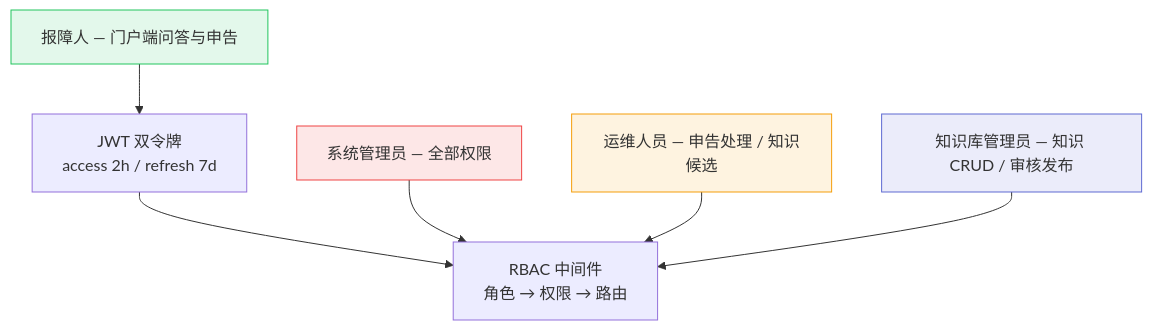
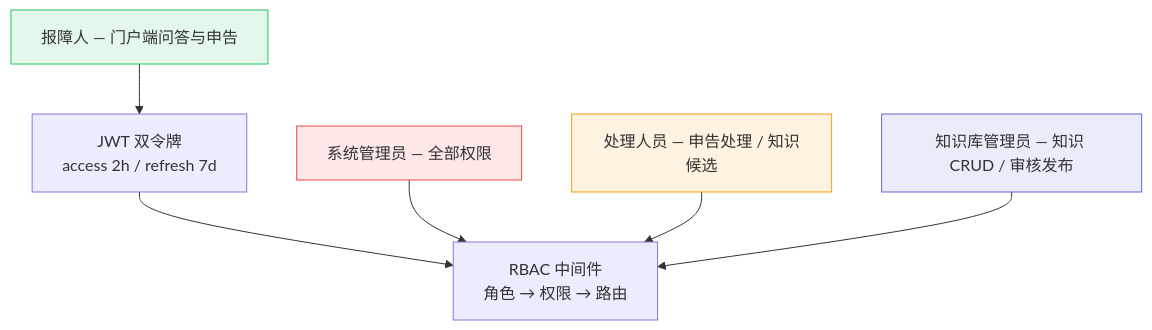
The sixth of 6 diagrams in docs/PRD.md (int2t05/Cognik), drawn with Mermaid before and after one commit. The commit also changed other lines of this file and 13 other files, not shown here.

````diff
--- a/docs/PRD.md
+++ b/docs/PRD.md
@@ -130,19 +130,19 @@
 ```mermaid
 flowchart TD
     SA["系统管理员 — 全部权限"]
-    OP["运维人员 — 申告处理 / 知识候选"]
+    OP["处理人员 — 申告处理 / 知识候选"]
     KM["知识库管理员 — 知识 CRUD / 审核发布"]
     RP["报障人 — 门户端问答与申告"]
 
     JWT["JWT 双令牌<br/>access 2h / refresh 7d"] --> RBAC["RBAC 中间件<br/>角色 → 权限 → 路由"]
 
     RP --> JWT
     SA --> RBAC
     OP --> RBAC
     KM --> RBAC
 
     style SA fill:#ef444420,stroke:#ef4444
     style OP fill:#f59e0b20,stroke:#f59e0b
     style KM fill:#5e6ad220,stroke:#5e6ad2
     style RP fill:#22c55e20,stroke:#22c55e
 ```
````
